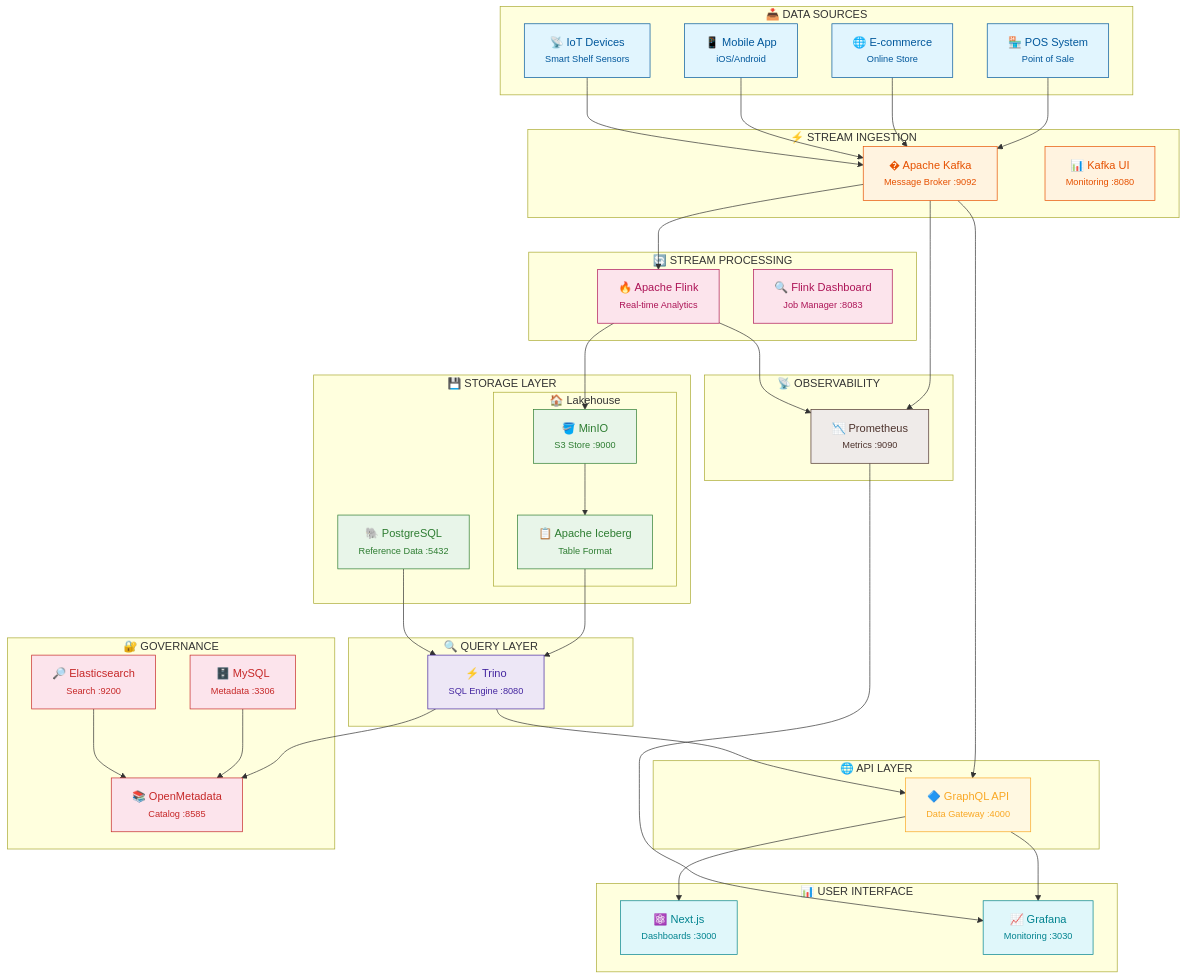
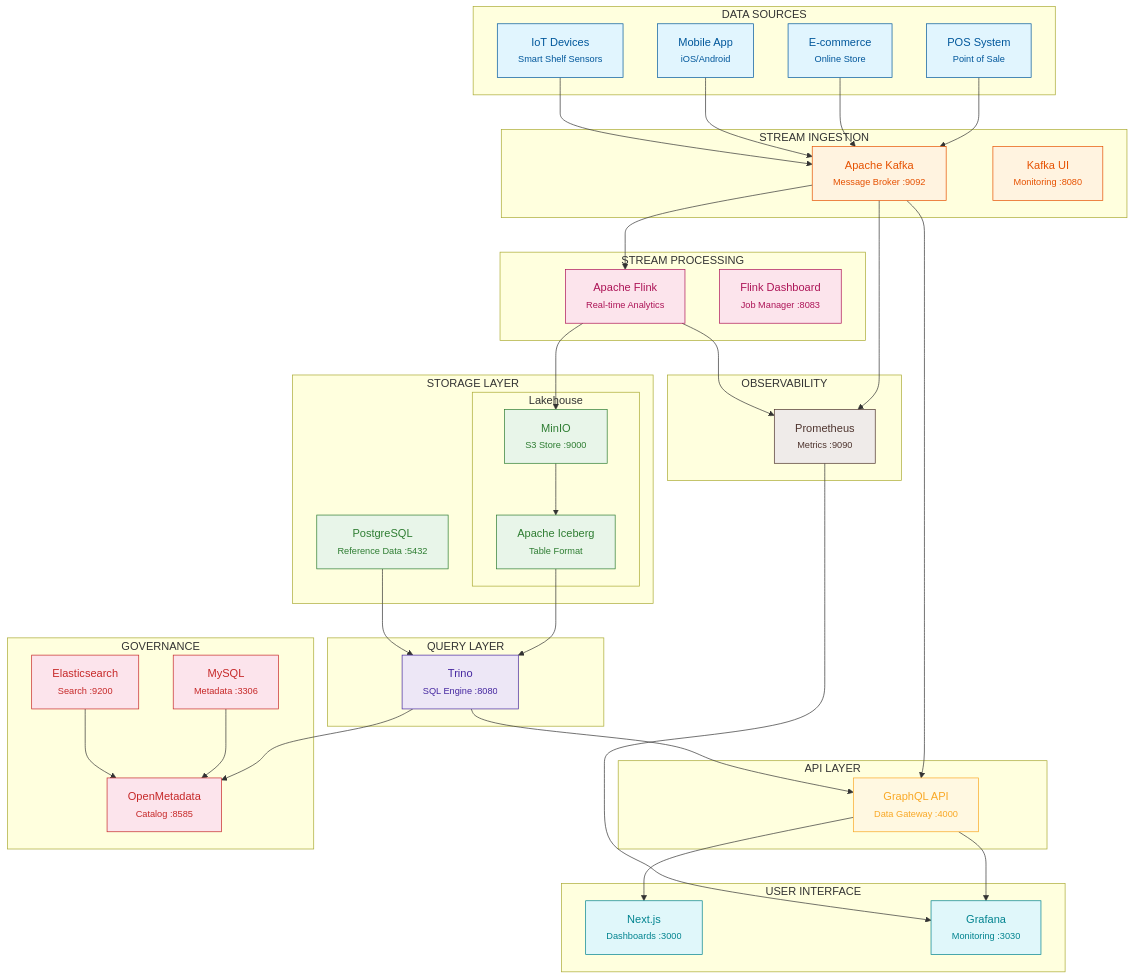
The first of 8 diagrams in README.md (Yogi776/Enterprise-Retail-Streaming-Platform), drawn with Mermaid before and after one commit. The commit also changed other lines of this file, not shown here.

Commit message:
fix: remove emojis from Mermaid diagram labels to fix GitHub rendering

````diff
--- a/README.md
+++ b/README.md
@@ -63,51 +63,51 @@
 ```mermaid
 flowchart TB
-    subgraph Sources["📥 DATA SOURCES"]
-        POS["🏪 POS System<br/><small>Point of Sale</small>"]
-        WEB["🌐 E-commerce<br/><small>Online Store</small>"]
-        MOB["📱 Mobile App<br/><small>iOS/Android</small>"]
-        IOT["📡 IoT Devices<br/><small>Smart Shelf Sensors</small>"]
+    subgraph Sources["DATA SOURCES"]
+        POS["POS System<br/><small>Point of Sale</small>"]
+        WEB["E-commerce<br/><small>Online Store</small>"]
+        MOB["Mobile App<br/><small>iOS/Android</small>"]
+        IOT["IoT Devices<br/><small>Smart Shelf Sensors</small>"]
     end
 
-    subgraph Ingestion["⚡ STREAM INGESTION"]
-        KAFKA["� Apache Kafka<br/><small>Message Broker :9092</small>"]
-        KAFKA_UI["📊 Kafka UI<br/><small>Monitoring :8080</small>"]
+    subgraph Ingestion["STREAM INGESTION"]
+        KAFKA["Apache Kafka<br/><small>Message Broker :9092</small>"]
+        KAFKA_UI["Kafka UI<br/><small>Monitoring :8080</small>"]
     end
 
-    subgraph Processing["🔄 STREAM PROCESSING"]
-        FLINK["🔥 Apache Flink<br/><small>Real-time Analytics</small>"]
-        FLINK_UI["🔍 Flink Dashboard<br/><small>Job Manager :8083</small>"]
+    subgraph Processing["STREAM PROCESSING"]
+        FLINK["Apache Flink<br/><small>Real-time Analytics</small>"]
+        FLINK_UI["Flink Dashboard<br/><small>Job Manager :8083</small>"]
     end
 
-    subgraph Storage["💾 STORAGE LAYER"]
-        subgraph Lakehouse["🏠 Lakehouse"]
-            MINIO["🪣 MinIO<br/><small>S3 Store :9000</small>"]
-            ICEBERG["📋 Apache Iceberg<br/><small>Table Format</small>"]
+    subgraph Storage["STORAGE LAYER"]
+        subgraph Lakehouse["Lakehouse"]
+            MINIO["MinIO<br/><small>S3 Store :9000</small>"]
+            ICEBERG["Apache Iceberg<br/><small>Table Format</small>"]
         end
-        PG["🐘 PostgreSQL<br/><small>Reference Data :5432</small>"]
+        PG["PostgreSQL<br/><small>Reference Data :5432</small>"]
     end
 
-    subgraph Query["🔍 QUERY LAYER"]
-        TRINO["⚡ Trino<br/><small>SQL Engine :8080</small>"]
+    subgraph Query["QUERY LAYER"]
+        TRINO["Trino<br/><small>SQL Engine :8080</small>"]
     end
 
-    subgraph Serving["🌐 API LAYER"]
-        GQL["🔷 GraphQL API<br/><small>Data Gateway :4000</small>"]
+    subgraph Serving["API LAYER"]
+        GQL["GraphQL API<br/><small>Data Gateway :4000</small>"]
     end
 
-    subgraph UI["📊 USER INTERFACE"]
-        NEXT["⚛️ Next.js<br/><small>Dashboards :3000</small>"]
-        GRAFANA["📈 Grafana<br/><small>Monitoring :3030</small>"]
+    subgraph UI["USER INTERFACE"]
+        NEXT["Next.js<br/><small>Dashboards :3000</small>"]
+        GRAFANA["Grafana<br/><small>Monitoring :3030</small>"]
     end
 
-    subgraph Governance["🔐 GOVERNANCE"]
-        OM["📚 OpenMetadata<br/><small>Catalog :8585</small>"]
-        ELK["🔎 Elasticsearch<br/><small>Search :9200</small>"]
-        MYSQL["🗄️ MySQL<br/><small>Metadata :3306</small>"]
+    subgraph Governance["GOVERNANCE"]
+        OM["OpenMetadata<br/><small>Catalog :8585</small>"]
+        ELK["Elasticsearch<br/><small>Search :9200</small>"]
+        MYSQL["MySQL<br/><small>Metadata :3306</small>"]
     end
 
-    subgraph Observability["📡 OBSERVABILITY"]
-        PROM["📉 Prometheus<br/><small>Metrics :9090</small>"]
+    subgraph Observability["OBSERVABILITY"]
+        PROM["Prometheus<br/><small>Metrics :9090</small>"]
     end
 
     %% Data Flow
````
